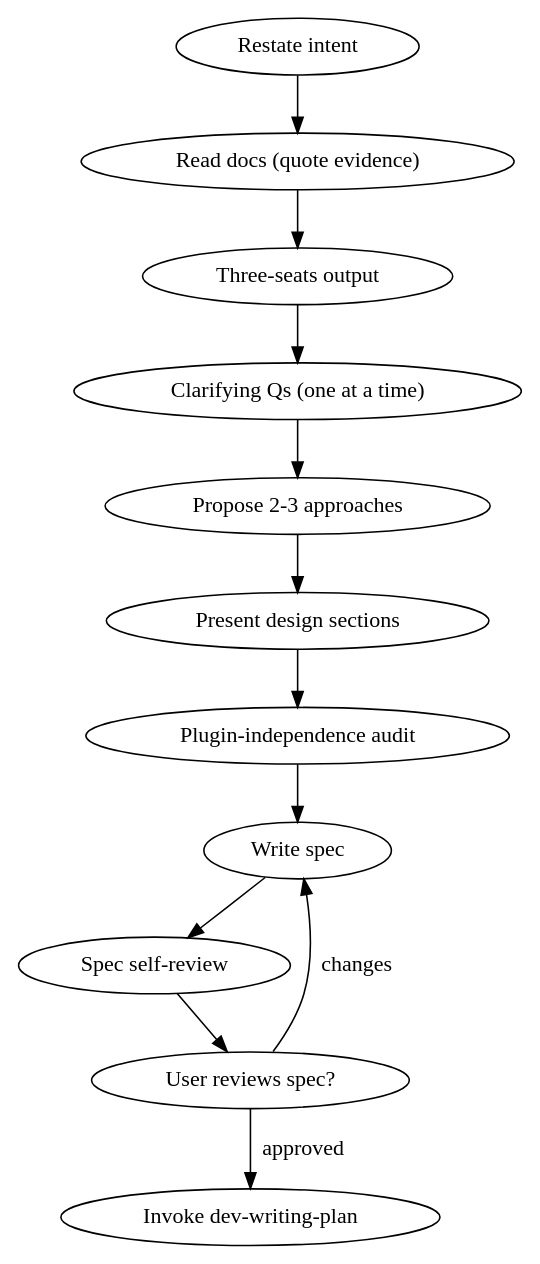
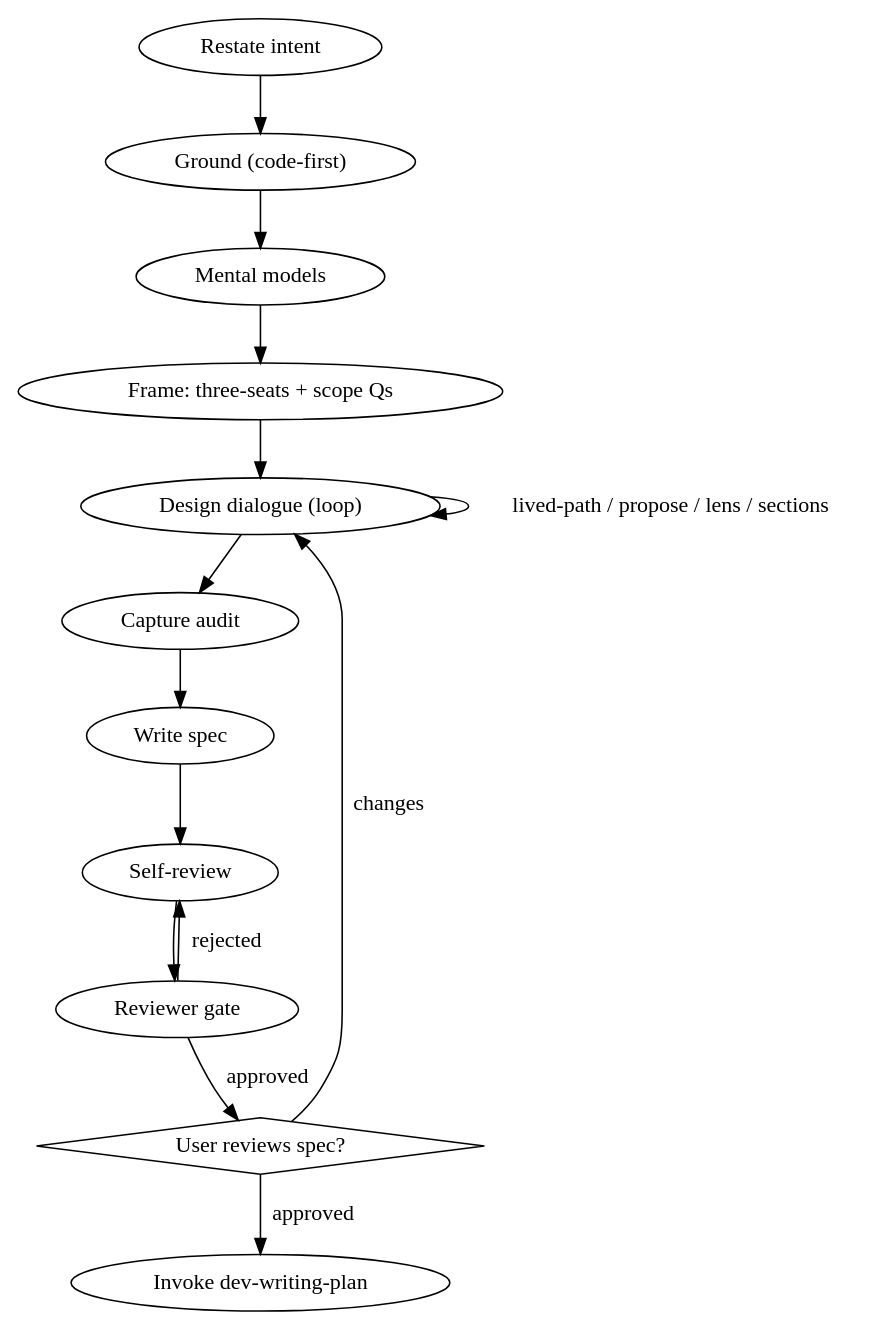
The diagram in .claude/skills/dev-brainstorm/SKILL.md (epetrusha/dev-orchestrator), drawn with Graphviz before and after one commit. The commit also changed other lines of this file and 13 other files, not shown here.

First line of the commit message:
refactor: generalize design gates, ground in code, cut duplication

````diff
--- a/.claude/skills/dev-brainstorm/SKILL.md
+++ b/.claude/skills/dev-brainstorm/SKILL.md
@@ -90,10 +75,14 @@
 ```dot
 digraph dev_brainstorm {
-  "Restate intent" -> "Read docs (quote evidence)" -> "Three-seats output" ->
-  "Clarifying Qs (one at a time)" -> "Propose 2-3 approaches" ->
-  "Present design sections" -> "Plugin-independence audit" -> "Write spec" ->
-  "Spec self-review" -> "User reviews spec?" [shape=diamond];
-  "User reviews spec?" -> "Write spec" [label="changes"];
+  "Restate intent" -> "Ground (code-first)" -> "Mental models" ->
+  "Frame: three-seats + scope Qs" -> "Design dialogue (loop)";
+  "Design dialogue (loop)" -> "Design dialogue (loop)" [label="lived-path / propose / lens / sections"];
+  "Design dialogue (loop)" -> "Capture audit" -> "Write spec" -> "Self-review" ->
+  "Reviewer gate" [shape=diamond];
+  "Reviewer gate" -> "Self-review" [label="rejected"];
+  "Reviewer gate" -> "User reviews spec?" [label="approved"];
+  "User reviews spec?" [shape=diamond];
+  "User reviews spec?" -> "Design dialogue (loop)" [label="changes"];
   "User reviews spec?" -> "Invoke dev-writing-plan" [label="approved"];
 }
 ```
````
